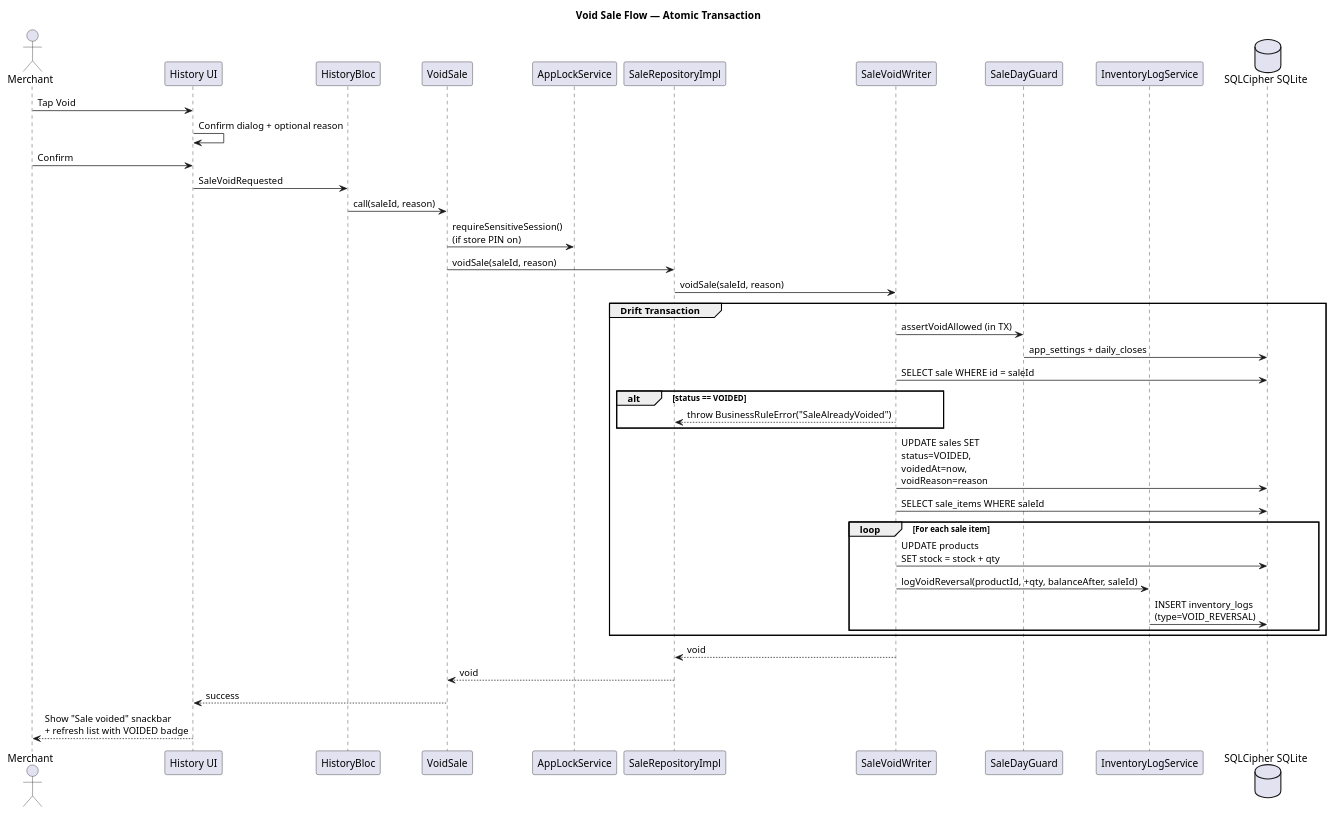
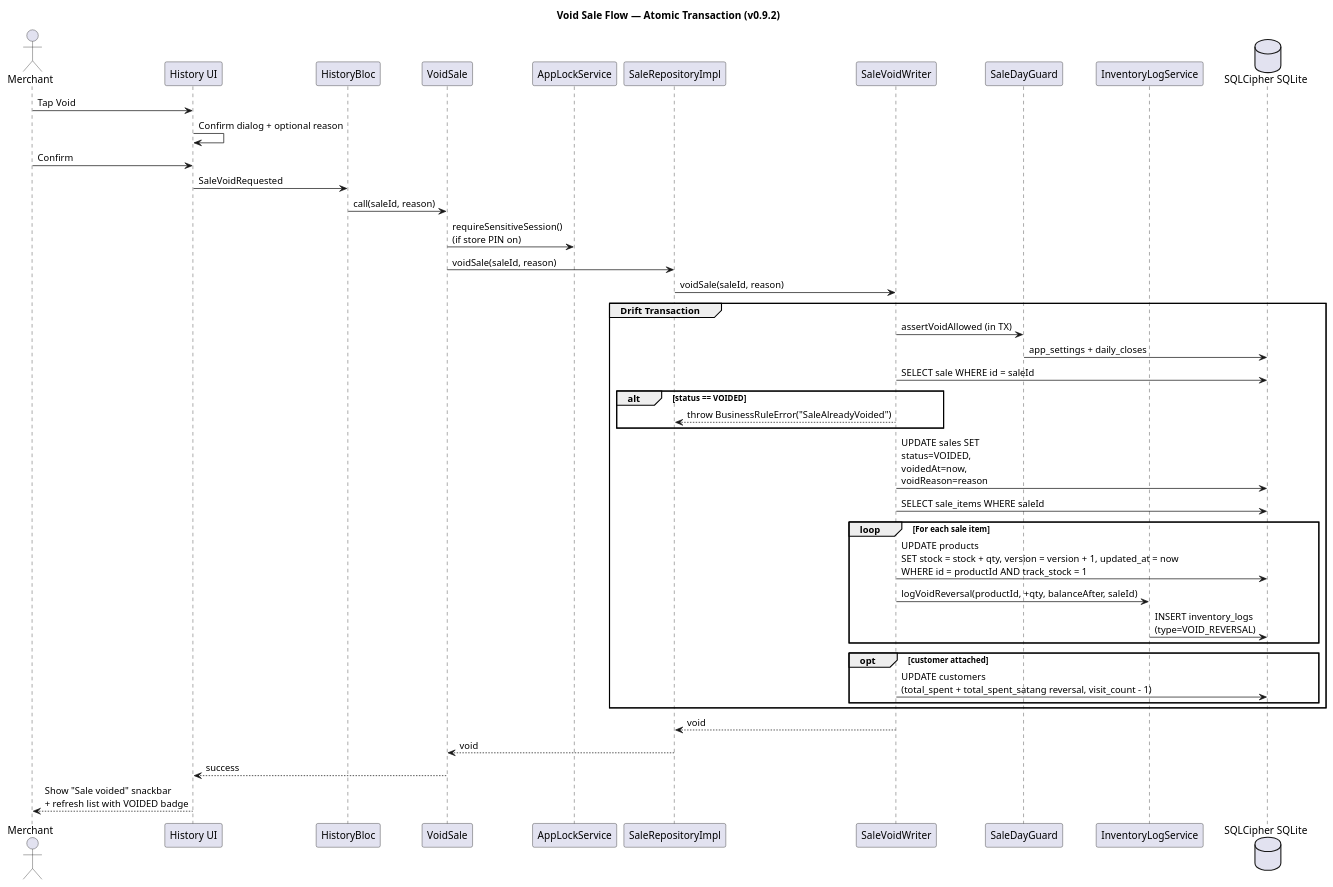
Before and after one commit to MN-Lizard-Team/promsell-pos-ce: the diagram in docs/architecture/puml/sequence-void.puml, drawn with PlantUML. The commit also changed 37 other files, not shown here.

```diff
--- a/docs/architecture/puml/sequence-void.puml
+++ b/docs/architecture/puml/sequence-void.puml
@@ -1,47 +1,50 @@
 @startuml Sequence_Void
-title Void Sale Flow — Atomic Transaction
+title Void Sale Flow — Atomic Transaction (v0.9.2)
 
 actor Merchant
 participant "History UI" as UI
 participant "HistoryBloc" as HB
 participant "VoidSale" as UC
 participant "AppLockService" as PIN
 participant "SaleRepositoryImpl" as Repo
 participant "SaleVoidWriter" as DS
 participant "SaleDayGuard" as DG
 participant "InventoryLogService" as ILS
 database "SQLCipher SQLite" as DB
 
 Merchant -> UI: Tap Void
 UI -> UI: Confirm dialog + optional reason
 Merchant -> UI: Confirm
 UI -> HB: SaleVoidRequested
 HB -> UC: call(saleId, reason)
 UC -> PIN: requireSensitiveSession()\n(if store PIN on)
 UC -> Repo: voidSale(saleId, reason)
 Repo -> DS: voidSale(saleId, reason)
 
 group Drift Transaction
     DS -> DG: assertVoidAllowed (in TX)
     DG -> DB: app_settings + daily_closes
     DS -> DB: SELECT sale WHERE id = saleId
     alt status == VOIDED
         DS --> Repo: throw BusinessRuleError("SaleAlreadyVoided")
     end
 
     DS -> DB: UPDATE sales SET\nstatus=VOIDED,\nvoidedAt=now,\nvoidReason=reason
 
     DS -> DB: SELECT sale_items WHERE saleId
     loop For each sale item
-        DS -> DB: UPDATE products\nSET stock = stock + qty
+        DS -> DB: UPDATE products\nSET stock = stock + qty, version = version + 1, updated_at = now\nWHERE id = productId AND track_stock = 1
         DS -> ILS: logVoidReversal(productId, +qty, balanceAfter, saleId)
         ILS -> DB: INSERT inventory_logs\n(type=VOID_REVERSAL)
+    end
+    opt customer attached
+        DS -> DB: UPDATE customers\n(total_spent + total_spent_satang reversal, visit_count - 1)
     end
 end
 
 DS --> Repo: void
 Repo --> UC: void
 UC --> UI: success
 UI --> Merchant: Show "Sale voided" snackbar\n+ refresh list with VOIDED badge
 
 @enduml
```
